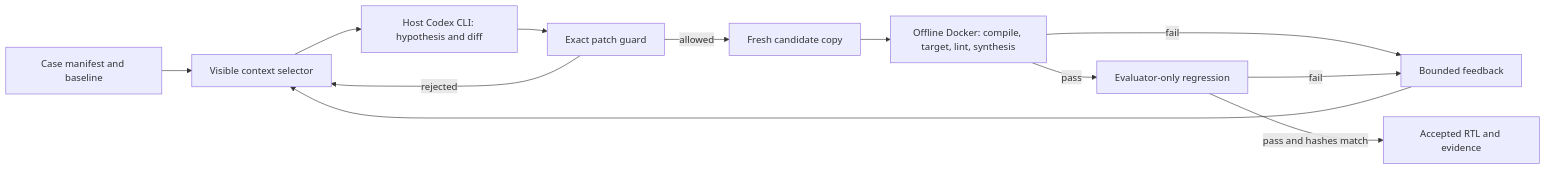
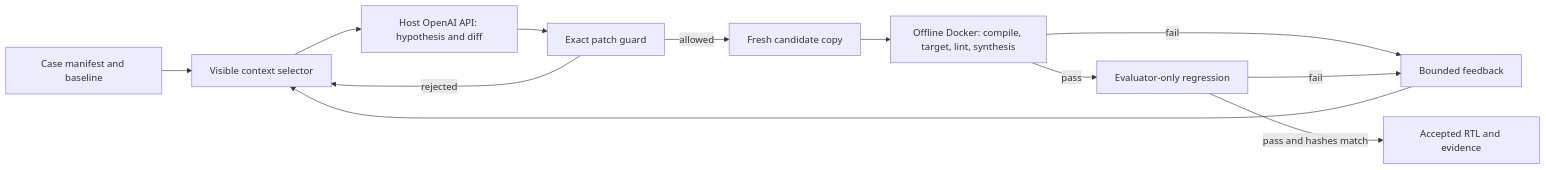
One commit to CodingBot000/semidebug_agent changed the diagram in docs/architecture.mmd. Above: the diagram before and after it, drawn with Mermaid. The commit also changed 2723 other files, not shown here.

Commit message:
Switch final evaluation to OpenAI API

```diff
--- a/docs/architecture.mmd
+++ b/docs/architecture.mmd
@@ -1,12 +1,12 @@
 flowchart LR
     A[Case manifest and baseline] --> B[Visible context selector]
-    B --> C[Host Codex CLI: hypothesis and diff]
+    B --> C[Host OpenAI API: hypothesis and diff]
     C --> D[Exact patch guard]
     D -->|allowed| E[Fresh candidate copy]
     D -->|rejected| B
     E --> F[Offline Docker: compile, target, lint, synthesis]
     F -->|pass| G[Evaluator-only regression]
     F -->|fail| H[Bounded feedback]
     G -->|fail| H
     H --> B
     G -->|pass and hashes match| I[Accepted RTL and evidence]
```
